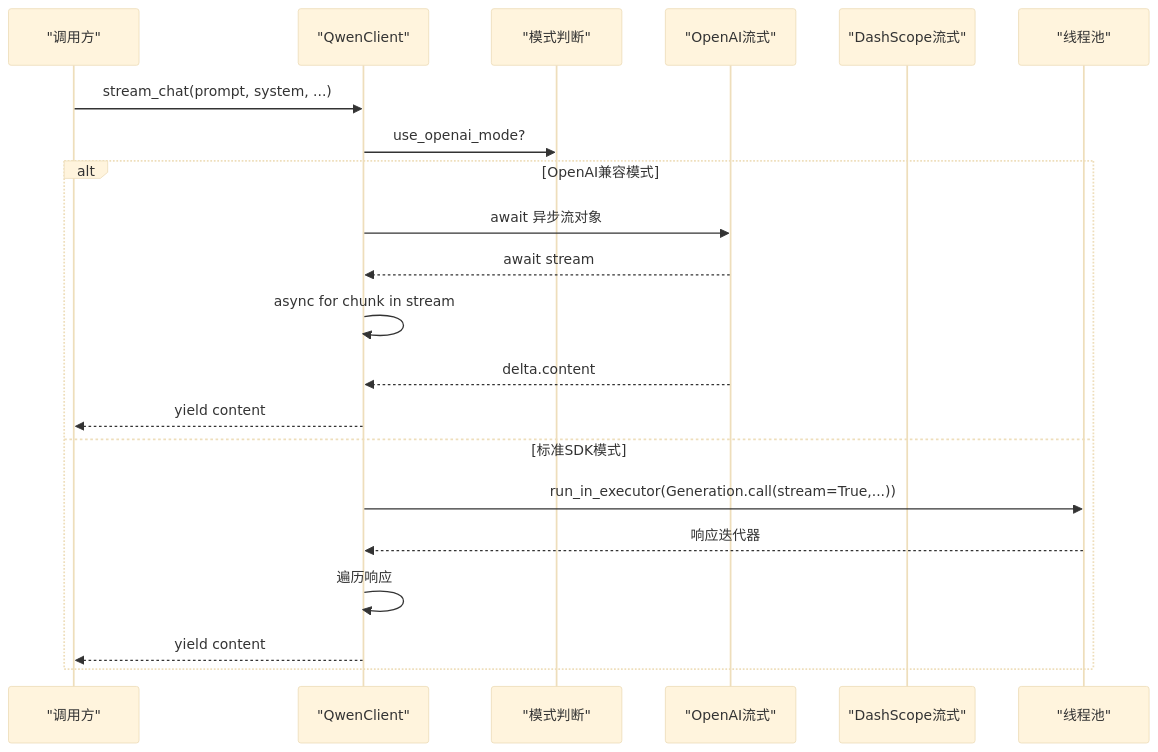
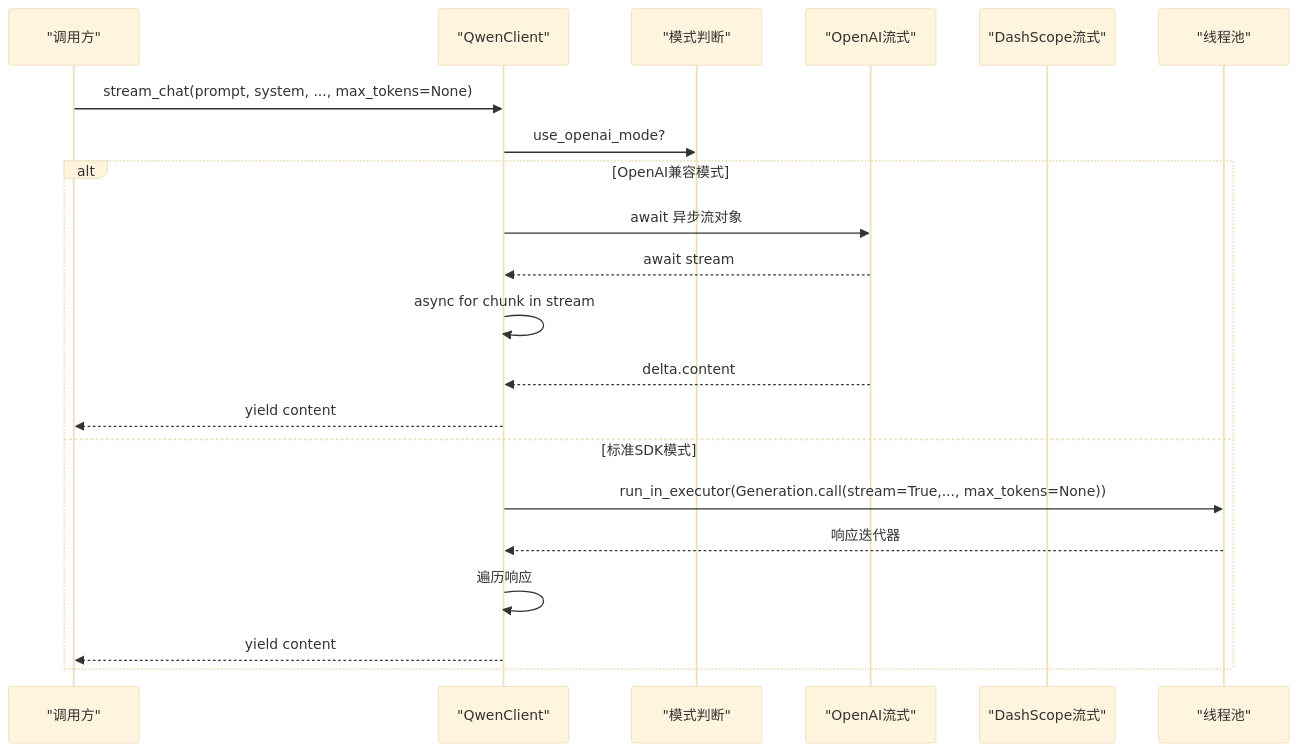
Before and after one commit to xfbyxq/ai-novel-system: the sixth of 7 diagrams in .qoder/repowiki/zh/content/LLM集成架构/LLM客户端封装.md, drawn with Mermaid (base theme). The commit also changed other lines of this file and 3 other files, not shown here.

````diff
--- a/.qoder/repowiki/zh/content/LLM集成架构/LLM客户端封装.md
+++ b/.qoder/repowiki/zh/content/LLM集成架构/LLM客户端封装.md
@@ -291,23 +300,23 @@
 ```mermaid
 sequenceDiagram
 participant Caller as "调用方"
 participant QC as "QwenClient"
 participant Mode as "模式判断"
 participant OA as "OpenAI流式"
 participant DS as "DashScope流式"
 participant Exec as "线程池"
-Caller->>QC : stream_chat(prompt, system, ...)
+Caller->>QC : stream_chat(prompt, system, ..., max_tokens=None)
 QC->>Mode : use_openai_mode?
 alt OpenAI兼容模式
 QC->>OA : await 异步流对象
 OA-->>QC : await stream
 QC->>QC : async for chunk in stream
 OA-->>QC : delta.content
 QC-->>Caller : yield content
 else 标准SDK模式
-QC->>Exec : run_in_executor(Generation.call(stream=True,...))
+QC->>Exec : run_in_executor(Generation.call(stream=True,..., max_tokens=None))
 Exec-->>QC : 响应迭代器
 QC->>QC : 遍历响应
 QC-->>Caller : yield content
 end
 ```
````
